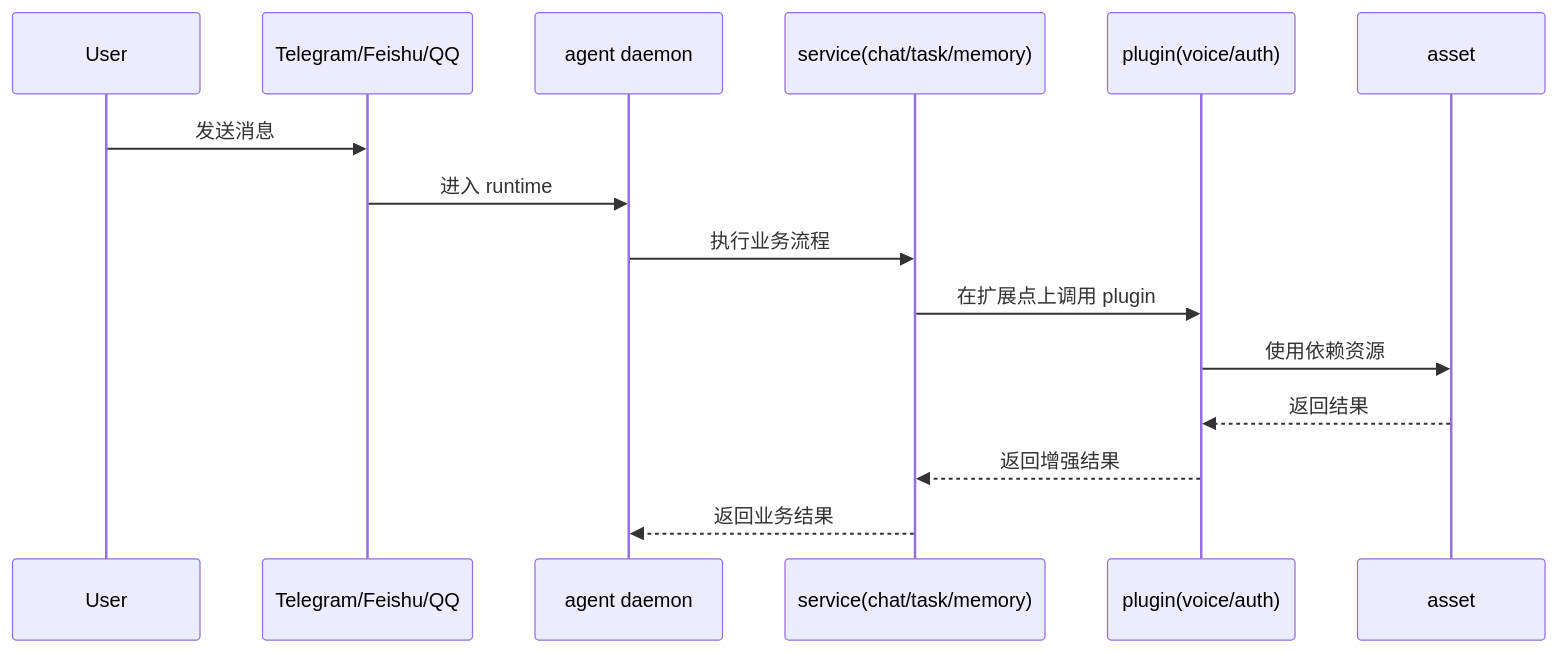
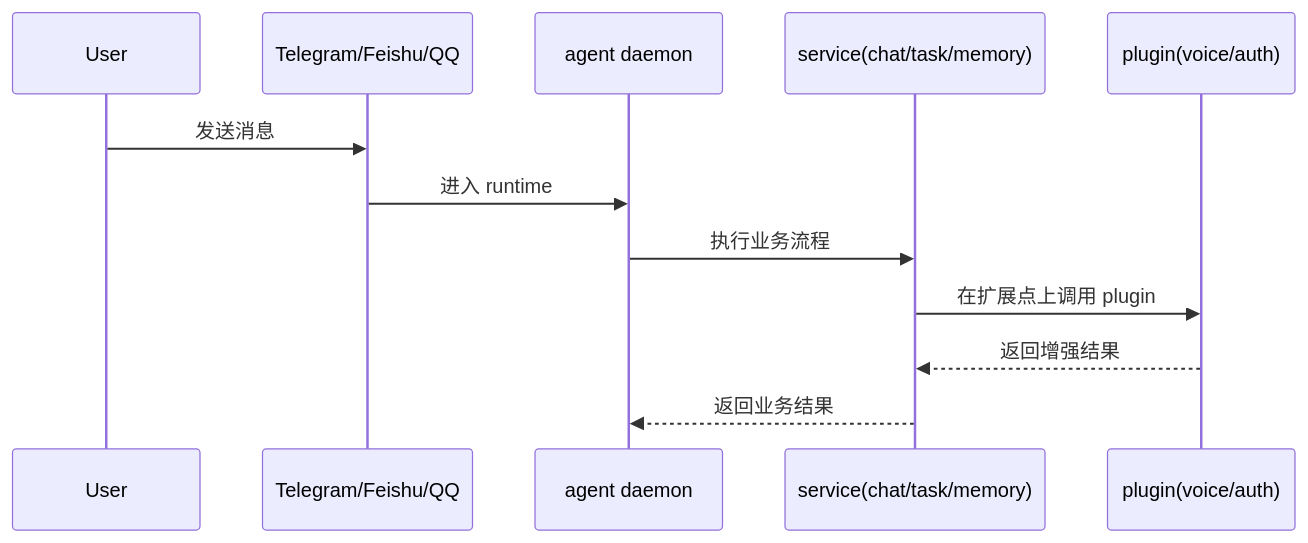
One commit to wangenius/downcity changed the second of 2 diagrams in homepage/content/docs/zh/concepts/logic-map.mdx. Above: the diagram before and after it, drawn with Mermaid. The commit also changed other lines of this file and 92 other files, not shown here.

````diff
--- a/homepage/content/docs/zh/concepts/logic-map.mdx
+++ b/homepage/content/docs/zh/concepts/logic-map.mdx
@@ -42,18 +41,15 @@
 ```mermaid
 sequenceDiagram
   participant User as User
   participant Channel as Telegram/Feishu/QQ
   participant Agent as agent daemon
   participant Service as service(chat/task/memory)
   participant Plugin as plugin(voice/auth)
-  participant Asset as asset
 
   User->>Channel: 发送消息
   Channel->>Agent: 进入 runtime
   Agent->>Service: 执行业务流程
   Service->>Plugin: 在扩展点上调用 plugin
-  Plugin->>Asset: 使用依赖资源
-  Asset-->>Plugin: 返回结果
   Plugin-->>Service: 返回增强结果
   Service-->>Agent: 返回业务结果
 ```
````
